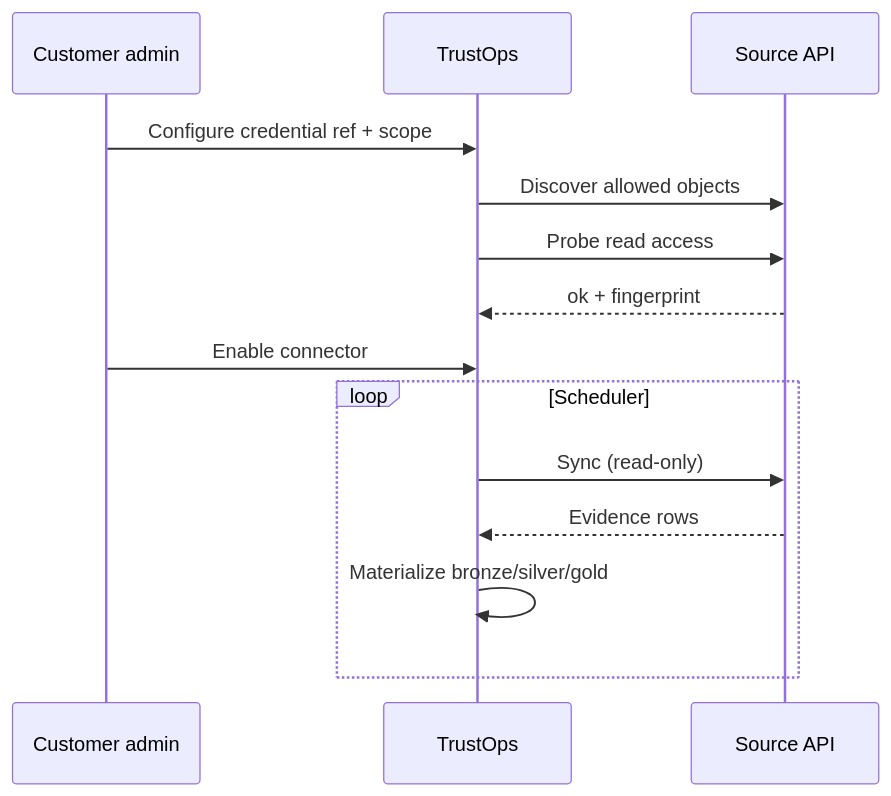
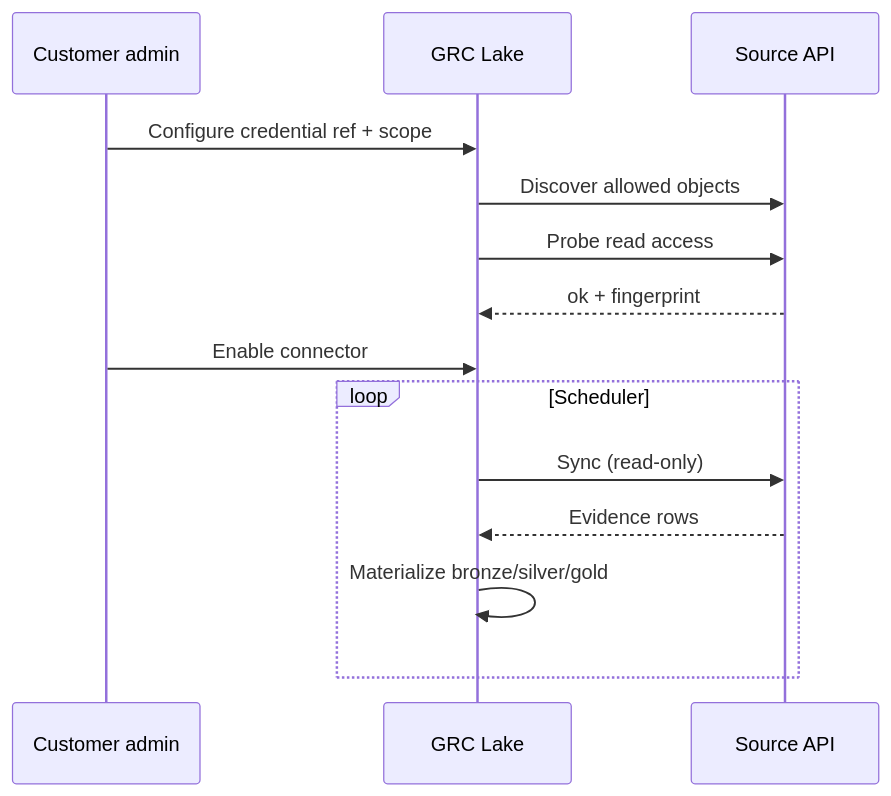
The second of 2 diagrams in docs/diagrams/connector-ingestion.md (msaad00/grc-lake), drawn with Mermaid before and after one commit. The commit also changed other lines of this file and 478 other files, not shown here.

Commit message:
feat: rebrand TrustOps as GRC Lake with upgrade aliases

````diff
--- a/docs/diagrams/connector-ingestion.md
+++ b/docs/diagrams/connector-ingestion.md
@@ -56,17 +56,17 @@
 ```mermaid
 sequenceDiagram
   participant Admin as Customer admin
-  participant TO as TrustOps
+  participant TO as GRC Lake
   participant Src as Source API
 
   Admin->>TO: Configure credential ref + scope
   TO->>Src: Discover allowed objects
   TO->>Src: Probe read access
   Src-->>TO: ok + fingerprint
   Admin->>TO: Enable connector
   loop Scheduler
     TO->>Src: Sync (read-only)
     Src-->>TO: Evidence rows
     TO->>TO: Materialize bronze/silver/gold
   end
 ```
````
